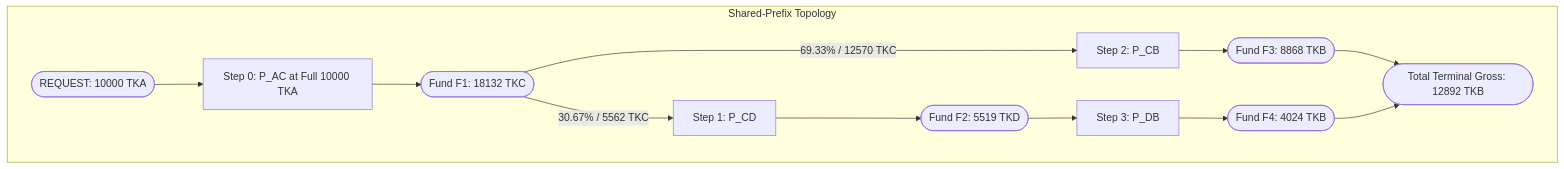
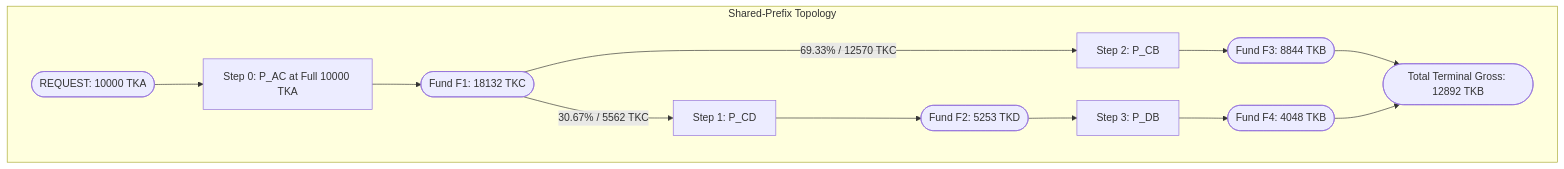
One commit to Whisker17/router-algorithms-optimizer changed the sixth of 7 diagrams in docs/references/routing-algorithms.md. Above: the diagram before and after it, drawn with Mermaid. The commit also changed other lines of this file and 2 other files, not shown here.

````diff
--- a/docs/references/routing-algorithms.md
+++ b/docs/references/routing-algorithms.md
@@ -566,15 +614,15 @@
 ```mermaid
 flowchart TD
     subgraph Shared-Prefix Topology
         In([REQUEST: 10000 TKA]) --> Step1[Step 0: P_AC at Full 10000 TKA]
         Step1 --> F1([Fund F1: 18132 TKC])
         F1 -->|30.67% / 5562 TKC| Step2[Step 1: P_CD]
         F1 -->|69.33% / 12570 TKC| Step3[Step 2: P_CB]
-        Step2 --> F2([Fund F2: 5519 TKD])
-        Step3 --> F3([Fund F3: 8868 TKB])
+        Step2 --> F2([Fund F2: 5253 TKD])
+        Step3 --> F3([Fund F3: 8844 TKB])
         F2 --> Step4[Step 3: P_DB]
-        Step4 --> F4([Fund F4: 4024 TKB])
+        Step4 --> F4([Fund F4: 4048 TKB])
         F3 --> Tot([Total Terminal Gross: 12892 TKB])
         F4 --> Tot
     end
 ```
````
